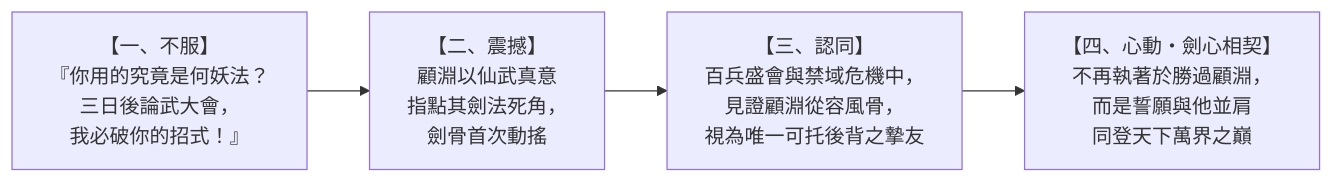
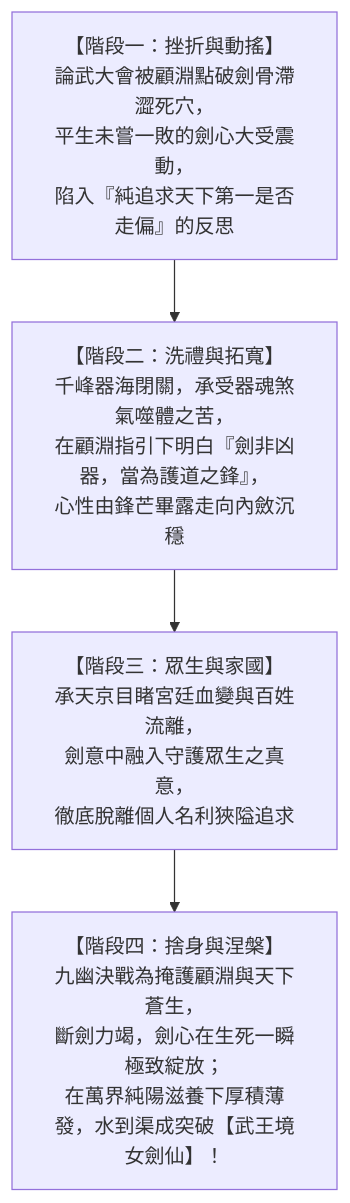
Before and after one commit to wade-fs/novel: the second of 2 diagrams in sex/docs/arcs/02/03_characters.md, drawn with Mermaid. The commit also changed other lines of this file and 6 other files, not shown here.

````diff
--- a/sex/docs/arcs/02/03_characters.md
+++ b/sex/docs/arcs/02/03_characters.md
@@ -70,6 +62,6 @@
 ```mermaid
-flowchart LR
-    Phase1["【一、不服】<br>『你用的究竟是何妖法？<br>三日後論武大會，<br>我必破你的招式！』"] --> Phase2["【二、震撼】<br>顧淵以仙武真意<br>指點其劍法死角，<br>劍骨首次動搖"]
-    Phase2 --> Phase3["【三、認同】<br>百兵盛會與禁域危機中，<br>見證顧淵從容風骨，<br>視為唯一可托後背之摯友"]
-    Phase3 --> Phase4["【四、心動・劍心相契】<br>不再執著於勝過顧淵，<br>而是誓願與他並肩<br>同登天下萬界之巔"]
+flowchart TD
+    Arc1["【階段一：挫折與動搖】<br>論武大會被顧淵點破劍骨滯澀死穴，<br>平生未嘗一敗的劍心大受震動，<br>陷入『純追求天下第一是否走偏』的反思"] --> Arc2["【階段二：洗禮與拓寬】<br>千峰器海閉關，承受器魂煞氣噬體之苦，<br>在顧淵指引下明白『劍非凶器，當為護道之鋒』，<br>心性由鋒芒畢露走向內斂沉穩"]
+    Arc2 --> Arc3["【階段三：眾生與家國】<br>承天京目睹宮廷血變與百姓流離，<br>劍意中融入守護眾生之真意，<br>徹底脫離個人名利狹隘追求"]
+    Arc3 --> Arc4["【階段四：捨身與涅槃】<br>九幽決戰為掩護顧淵與天下蒼生，<br>斷劍力竭，劍心在生死一瞬極致綻放；<br>在萬界純陽滋養下厚積薄發，水到渠成突破【武王境女劍仙】！"]
 ```
````
